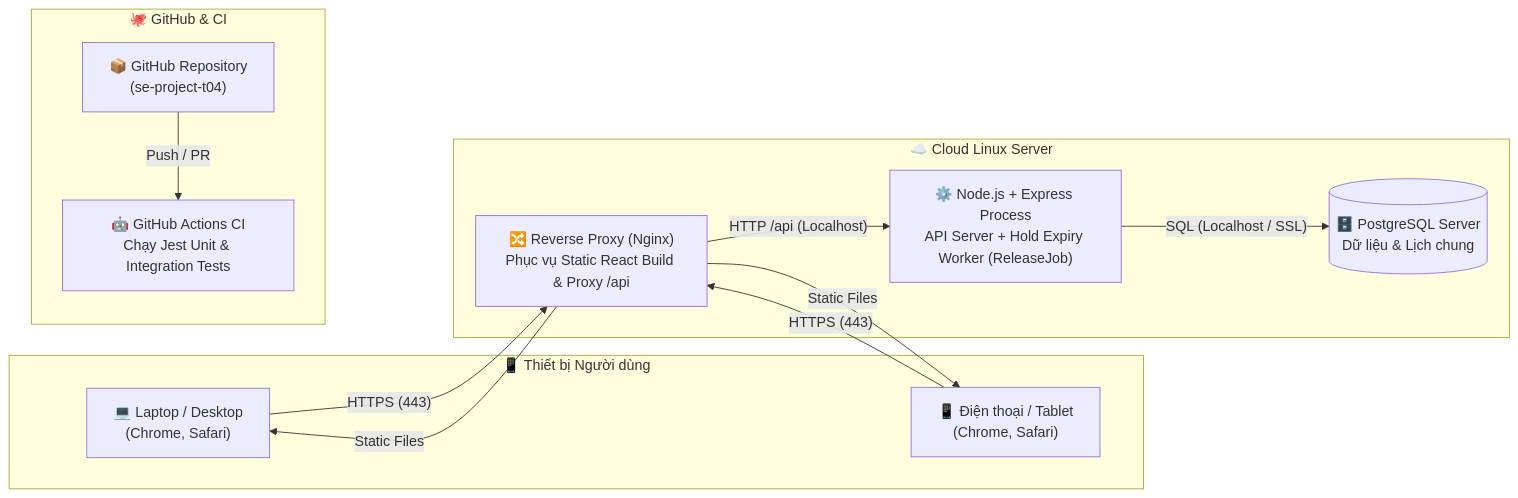
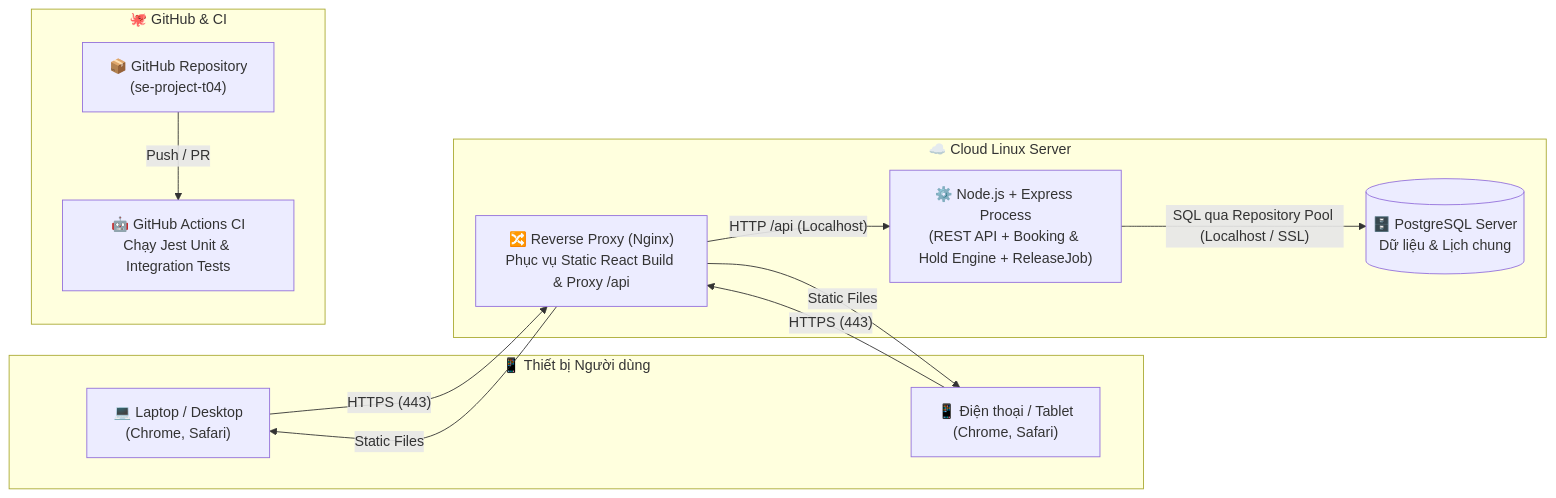
The fourth of 4 diagrams in docs/design/architecture/architecture-design.md (buikhoa130406/se-project-t04), drawn with Mermaid before and after one commit. The commit also changed other lines of this file, not shown here.

First line of the commit message:
Refine architecture design and clarify Hold Expiry Worker

````diff
--- a/docs/design/architecture/architecture-design.md
+++ b/docs/design/architecture/architecture-design.md
@@ -108,24 +108,24 @@
 ```mermaid
 flowchart LR
     subgraph ClientDevices["📱 Thiết bị Người dùng"]
         Desktop["💻 Laptop / Desktop<br/>(Chrome, Safari)"]
         Mobile["📱 Điện thoại / Tablet<br/>(Chrome, Safari)"]
     end
 
     subgraph GitHub["🐙 GitHub & CI"]
         Repo["📦 GitHub Repository<br/>(se-project-t04)"]
         Actions["🤖 GitHub Actions CI<br/>Chạy Jest Unit & Integration Tests"]
     end
 
     subgraph CloudServer["☁️ Cloud Linux Server"]
         Proxy["🔀 Reverse Proxy (Nginx)<br/>Phục vụ Static React Build & Proxy /api"]
-        NodeApp["⚙️ Node.js + Express Process<br/>API Server + Hold Expiry Worker (ReleaseJob)"]
+        NodeApp["⚙️ Node.js + Express Process<br/>(REST API + Booking & Hold Engine + ReleaseJob)"]
         PG[("🗄️ PostgreSQL Server<br/>Dữ liệu & Lịch chung")]
     end
 
     Desktop & Mobile -- "HTTPS (443)" --> Proxy
     Proxy -- "Static Files" --> Desktop & Mobile
     Proxy -- "HTTP /api (Localhost)" --> NodeApp
-    NodeApp -- "SQL (Localhost / SSL)" --> PG
+    NodeApp -- "SQL qua Repository Pool (Localhost / SSL)" --> PG
     Repo -- "Push / PR" --> Actions
 ```
````
